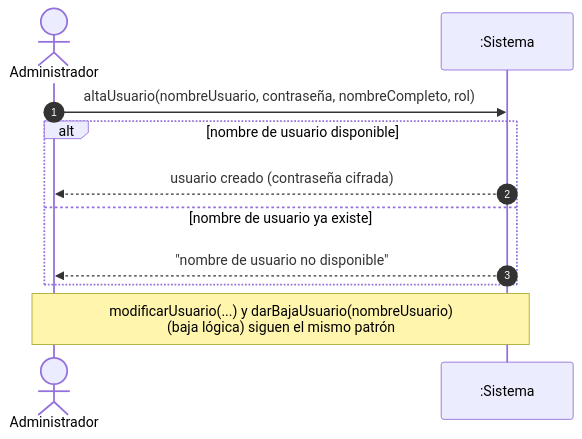
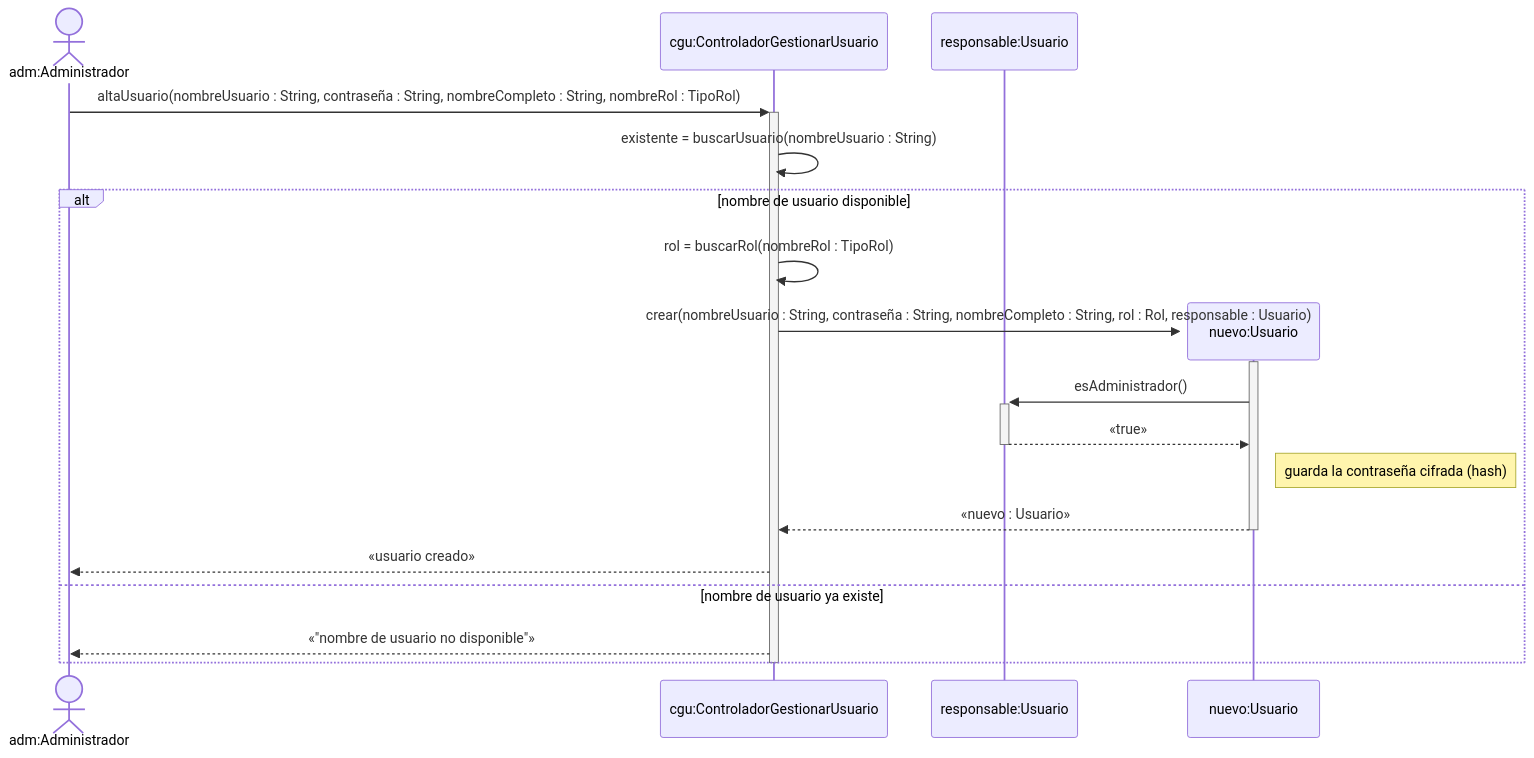
Before and after one commit to cirotop/Stock-Project: the second of 12 diagrams in 08-Diagrama De Secuencia/Diagramas_de_Secuencia.md, drawn with Mermaid. The commit also changed other lines of this file, not shown here.

````diff
--- a/08-Diagrama De Secuencia/Diagramas_de_Secuencia.md
+++ b/08-Diagrama De Secuencia/Diagramas_de_Secuencia.md
@@ -26,13 +56,22 @@
 ```mermaid
 sequenceDiagram
-    autonumber
-    actor A as Administrador
-    participant S as :Sistema
-    A->>S: altaUsuario(nombreUsuario, contraseña, nombreCompleto, rol)
+    actor adm as adm:Administrador
+    participant cgu as cgu:ControladorGestionarUsuario
+    participant resp as responsable:Usuario
+
+    adm->>+cgu: altaUsuario(nombreUsuario : String, contraseña : String, nombreCompleto : String, nombreRol : TipoRol)
+    cgu->>cgu: existente = buscarUsuario(nombreUsuario : String)
     alt nombre de usuario disponible
-        S-->>A: usuario creado (contraseña cifrada)
+        cgu->>cgu: rol = buscarRol(nombreRol : TipoRol)
+        create participant nu as nuevo:Usuario
+        cgu->>+nu: crear(nombreUsuario : String, contraseña : String, nombreCompleto : String, rol : Rol, responsable : Usuario)
+        nu->>+resp: esAdministrador()
+        resp-->>-nu: «true»
+        Note right of nu: guarda la contraseña cifrada (hash)
+        nu-->>-cgu: «nuevo : Usuario»
+        cgu-->>adm: «usuario creado»
     else nombre de usuario ya existe
-        S-->>A: "nombre de usuario no disponible"
+        cgu-->>adm: «"nombre de usuario no disponible"»
     end
-    Note over A,S: modificarUsuario(...) y darBajaUsuario(nombreUsuario)<br/>(baja lógica) siguen el mismo patrón
+    deactivate cgu
 ```
````
